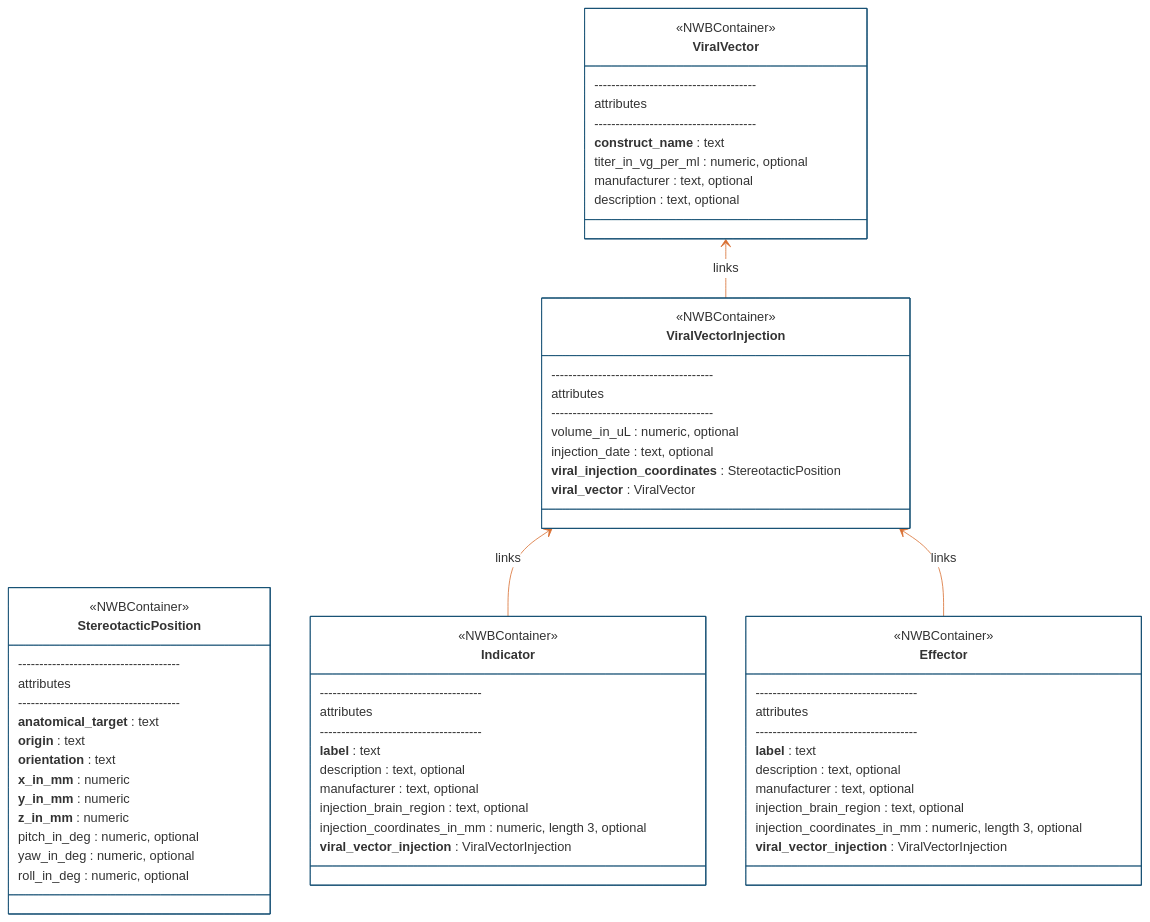
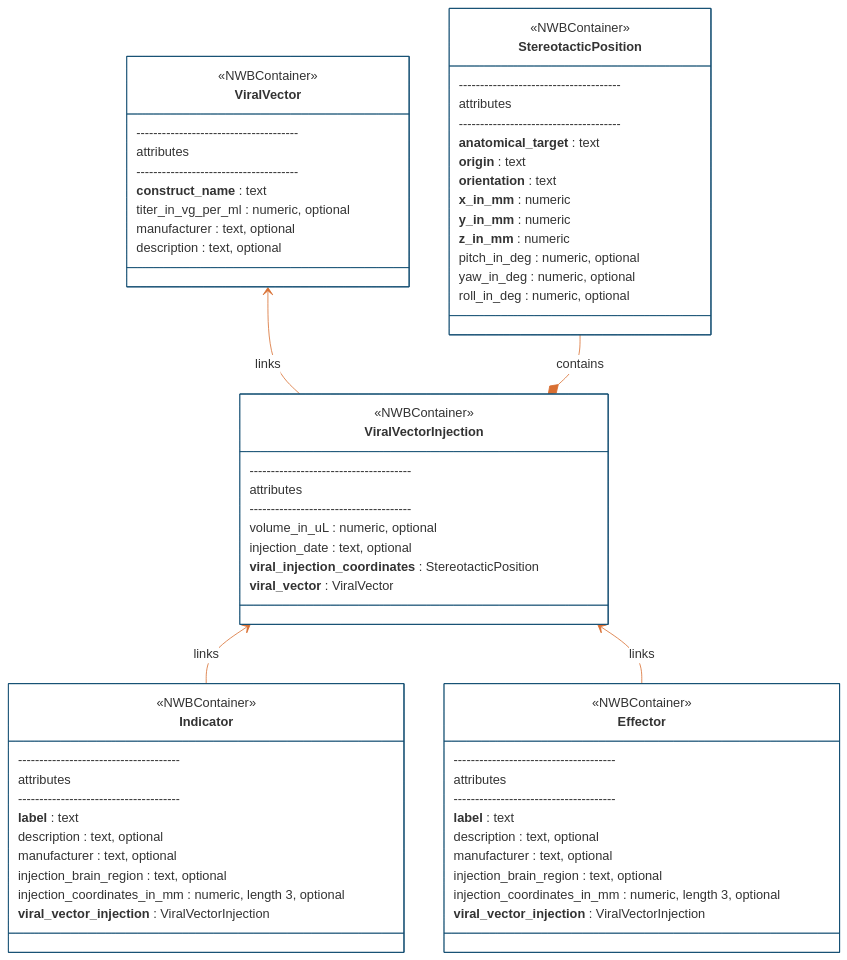
The first of 4 diagrams in README.md (catalystneuro/ndx-ophys-devices), drawn with Mermaid before and after one commit. The commit also changed other lines of this file and 2 other files, not shown here.

Commit message:
add notebooks with realistic examples

````diff
--- a/README.md
+++ b/README.md
@@ -330,67 +330,69 @@
 ```mermaid
 %%{init: {'theme': 'base', 'themeVariables': {'primaryColor': '#ffffff', 'primaryBorderColor': '#144E73', 'lineColor': '#D96F32'}}}%%
 classDiagram
     direction BT
     class ViralVector {
         <<NWBContainer>>
         --------------------------------------
         attributes
         --------------------------------------
         **construct_name** : text
         titer_in_vg_per_ml : numeric, optional
         manufacturer : text, optional
         description : text, optional
     }
     class StereotacticPosition {
         <<NWBContainer>>
         --------------------------------------
         attributes
         --------------------------------------
         **anatomical_target** : text
         **origin** : text
         **orientation** : text
         **x_in_mm** : numeric
         **y_in_mm** : numeric
         **z_in_mm** : numeric
         pitch_in_deg : numeric, optional
         yaw_in_deg : numeric, optional
         roll_in_deg : numeric, optional
     }
     class ViralVectorInjection {
         <<NWBContainer>>
         --------------------------------------
         attributes
         --------------------------------------
         volume_in_uL : numeric, optional
         injection_date : text, optional
         **viral_injection_coordinates** : StereotacticPosition
         **viral_vector** : ViralVector
         }
     class Indicator {
         <<NWBContainer>>
         --------------------------------------
         attributes
         --------------------------------------
         **label** : text
         description : text, optional
         manufacturer : text, optional
         injection_brain_region : text, optional
         injection_coordinates_in_mm : numeric, length 3, optional
         **viral_vector_injection** : ViralVectorInjection
     }
     class Effector {
         <<NWBContainer>>
         --------------------------------------
         attributes
         --------------------------------------
         **label** : text
         description : text, optional
         manufacturer : text, optional
         injection_brain_region : text, optional
         injection_coordinates_in_mm : numeric, length 3, optional
         **viral_vector_injection** : ViralVectorInjection
     }
     Indicator --> ViralVectorInjection : links
     Effector --> ViralVectorInjection : links
     ViralVectorInjection --> ViralVector : links
+    ViralVectorInjection *-- StereotacticPosition : contains
+
 ```
````
